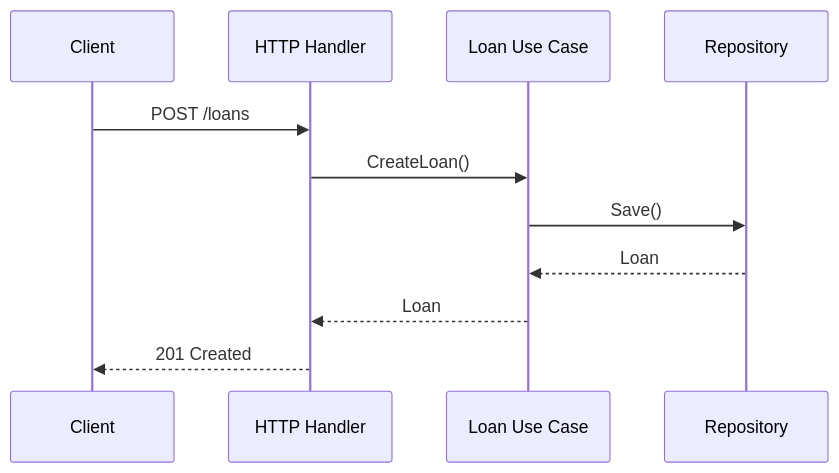
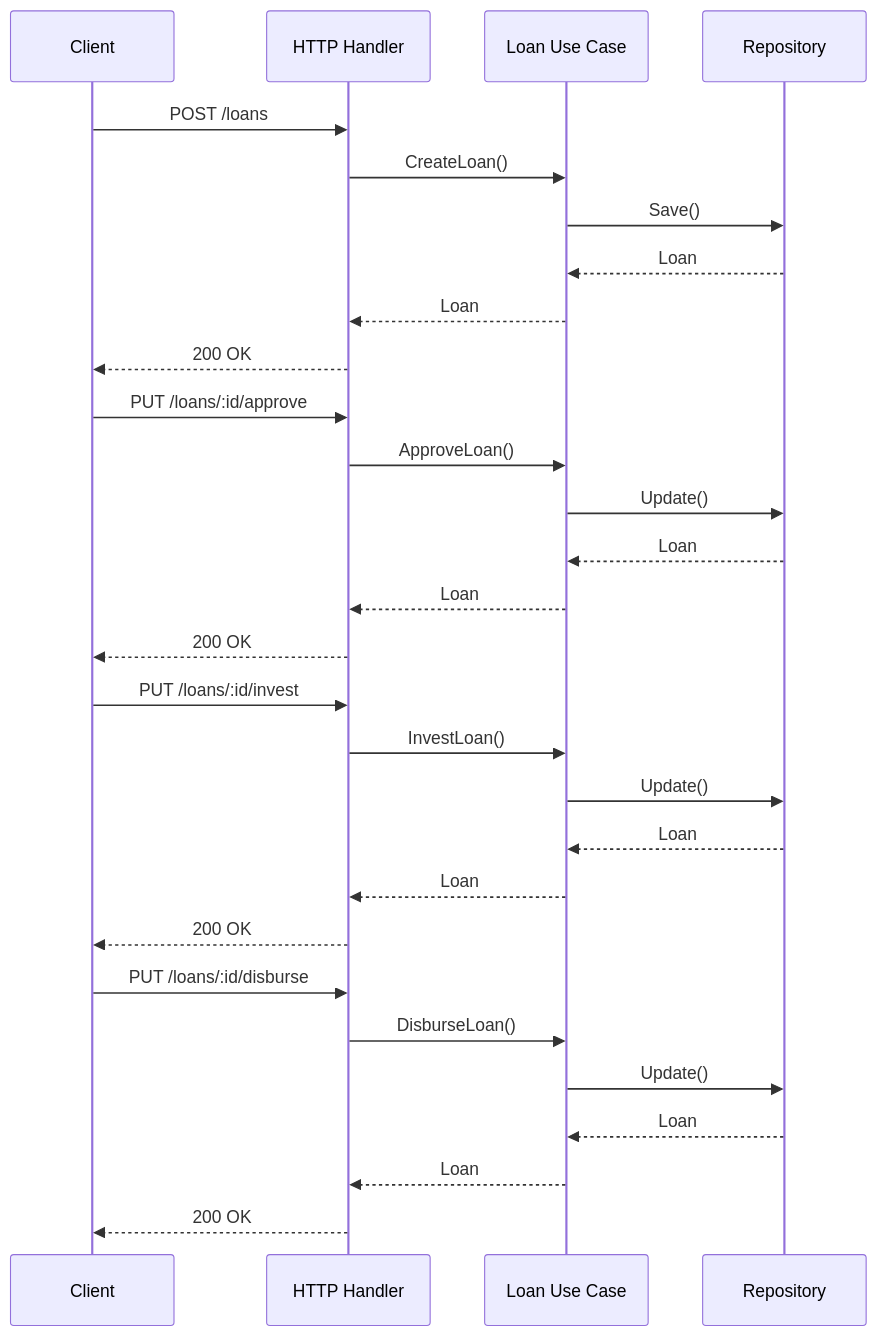
Before and after one commit to blackhun11/amartha-loan-system: the third of 3 diagrams in readme.md, drawn with Mermaid. The commit also changed other lines of this file, not shown here.

````diff
--- a/readme.md
+++ b/readme.md
@@ -56,14 +61,35 @@
 ```mermaid
 sequenceDiagram
     participant C as Client
     participant H as HTTP Handler
     participant U as Loan Use Case
     participant R as Repository
     
     C->>H: POST /loans
     H->>U: CreateLoan()
     U->>R: Save()
     R-->>U: Loan
     U-->>H: Loan
-    H-->>C: 201 Created
+    H-->>C: 200 OK
+
+    C->>H: PUT /loans/:id/approve
+    H->>U: ApproveLoan()
+    U->>R: Update()
+    R-->>U: Loan
+    U-->>H: Loan
+    H-->>C: 200 OK
+
+    C->>H: PUT /loans/:id/invest
+    H->>U: InvestLoan()
+    U->>R: Update()
+    R-->>U: Loan
+    U-->>H: Loan
+    H-->>C: 200 OK
+
+    C->>H: PUT /loans/:id/disburse
+    H->>U: DisburseLoan()
+    U->>R: Update()
+    R-->>U: Loan
+    U-->>H: Loan
+    H-->>C: 200 OK
 ```
````
